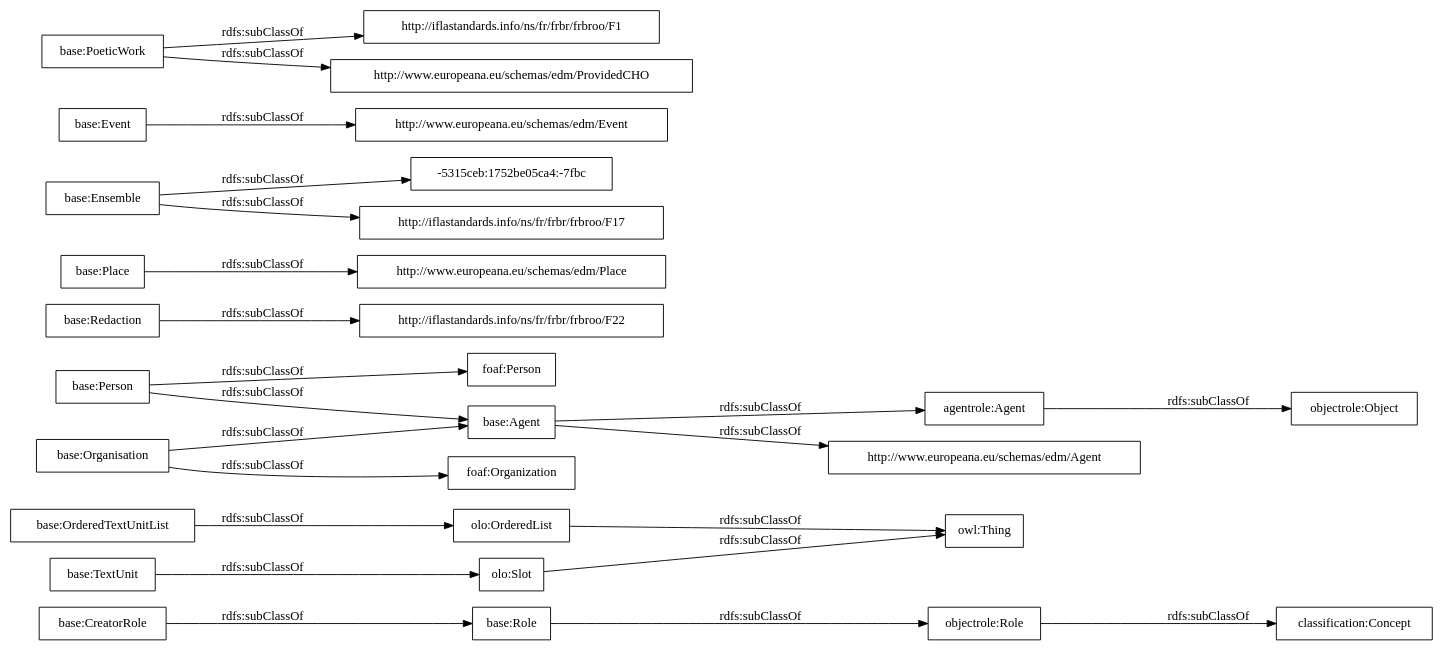
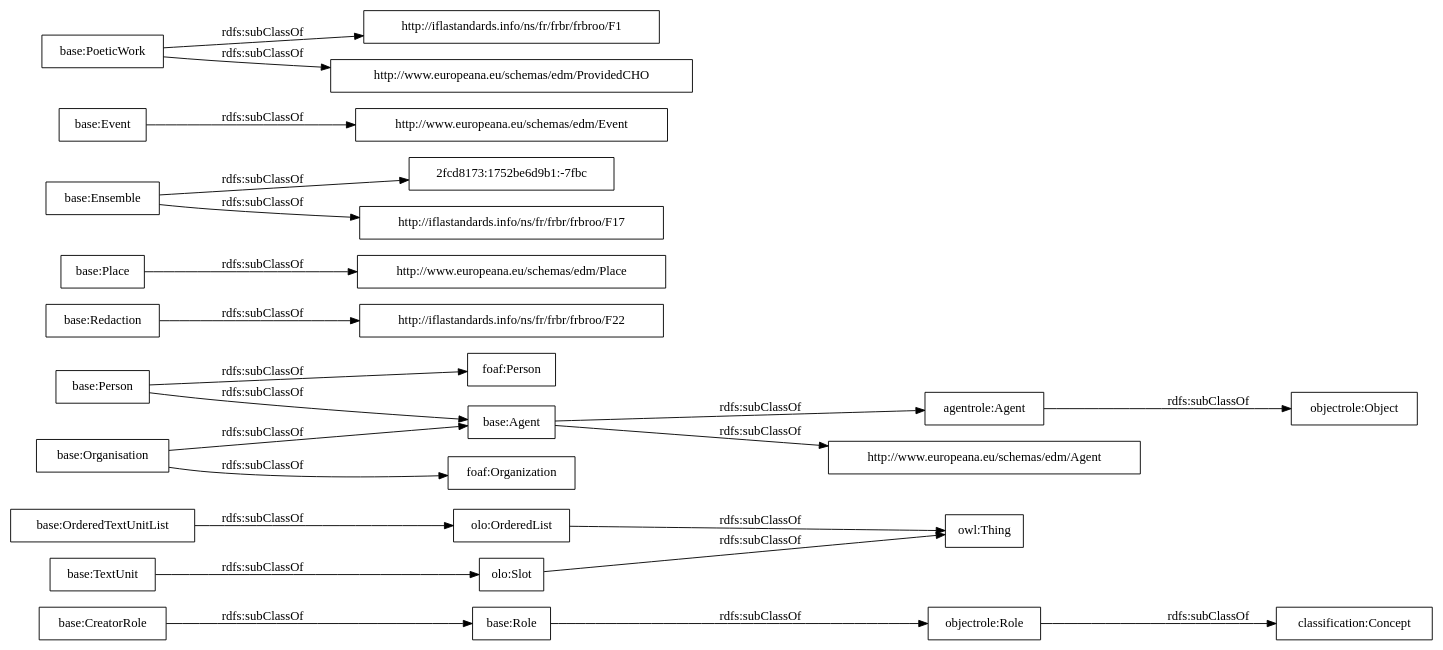
One commit to OnToologyUser/core-ontology-1 changed the diagram in OnToology/postdata-core.owl/diagrams/ar2dtool-taxonomy/postdata-core.owl.png.dot. Above: the diagram before and after it, drawn with Graphviz. The commit also changed 14 other files, not shown here.

```diff
--- a/OnToology/postdata-core.owl/diagrams/ar2dtool-taxonomy/postdata-core.owl.png.dot
+++ b/OnToology/postdata-core.owl/diagrams/ar2dtool-taxonomy/postdata-core.owl.png.dot
@@ -1,27 +1,27 @@
 digraph ar2dtool_diagram { 
 rankdir=LR;
 size="1000"
-node [shape = rectangle, color="black"]; "base:Role" "base:OrderedTextUnitList" "agentrole:Agent" "http://iflastandards.info/ns/fr/frbr/frbroo/F22" "http://www.europeana.eu/schemas/edm/Agent" "base:Agent" "base:CreatorRole" "base:Person" "base:Organisation" "http://www.europeana.eu/schemas/edm/Place" "base:Redaction" "base:Ensemble" "foaf:Person" "http://www.europeana.eu/schemas/edm/Event" "base:TextUnit" "http://iflastandards.info/ns/fr/frbr/frbroo/F1" "foaf:Organization" "http://www.europeana.eu/schemas/edm/ProvidedCHO" "base:Place" "base:Event" "-5315ceb:1752be05ca4:-7fbc" "base:PoeticWork" "http://iflastandards.info/ns/fr/frbr/frbroo/F17" "owl:Thing" "objectrole:Role" "objectrole:Object" "olo:Slot" "olo:OrderedList" "classification:Concept" ; /*classes style*/
+node [shape = rectangle, color="black"]; "base:Role" "base:OrderedTextUnitList" "agentrole:Agent" "http://iflastandards.info/ns/fr/frbr/frbroo/F22" "http://www.europeana.eu/schemas/edm/Agent" "base:Agent" "base:CreatorRole" "base:Person" "base:Organisation" "http://www.europeana.eu/schemas/edm/Place" "base:Redaction" "base:Ensemble" "foaf:Person" "http://www.europeana.eu/schemas/edm/Event" "base:TextUnit" "http://iflastandards.info/ns/fr/frbr/frbroo/F1" "foaf:Organization" "http://www.europeana.eu/schemas/edm/ProvidedCHO" "base:Place" "2fcd8173:1752be6d9b1:-7fbc" "base:Event" "base:PoeticWork" "http://iflastandards.info/ns/fr/frbr/frbroo/F17" "owl:Thing" "objectrole:Role" "objectrole:Object" "olo:Slot" "olo:OrderedList" "classification:Concept" ; /*classes style*/
 	"base:Redaction" -> "http://iflastandards.info/ns/fr/frbr/frbroo/F22" [ label = "rdfs:subClassOf" ];
 	"base:Role" -> "objectrole:Role" [ label = "rdfs:subClassOf" ];
 	"base:Event" -> "http://www.europeana.eu/schemas/edm/Event" [ label = "rdfs:subClassOf" ];
 	"base:Person" -> "foaf:Person" [ label = "rdfs:subClassOf" ];
 	"base:Person" -> "base:Agent" [ label = "rdfs:subClassOf" ];
 	"olo:OrderedList" -> "owl:Thing" [ label = "rdfs:subClassOf" ];
 	"olo:Slot" -> "owl:Thing" [ label = "rdfs:subClassOf" ];
 	"base:PoeticWork" -> "http://www.europeana.eu/schemas/edm/ProvidedCHO" [ label = "rdfs:subClassOf" ];
 	"base:PoeticWork" -> "http://iflastandards.info/ns/fr/frbr/frbroo/F1" [ label = "rdfs:subClassOf" ];
 	"base:TextUnit" -> "olo:Slot" [ label = "rdfs:subClassOf" ];
 	"agentrole:Agent" -> "objectrole:Object" [ label = "rdfs:subClassOf" ];
-	"base:Ensemble" -> "-5315ceb:1752be05ca4:-7fbc" [ label = "rdfs:subClassOf" ];
+	"base:Ensemble" -> "2fcd8173:1752be6d9b1:-7fbc" [ label = "rdfs:subClassOf" ];
 	"base:Ensemble" -> "http://iflastandards.info/ns/fr/frbr/frbroo/F17" [ label = "rdfs:subClassOf" ];
 	"base:OrderedTextUnitList" -> "olo:OrderedList" [ label = "rdfs:subClassOf" ];
 	"base:Agent" -> "agentrole:Agent" [ label = "rdfs:subClassOf" ];
 	"base:Agent" -> "http://www.europeana.eu/schemas/edm/Agent" [ label = "rdfs:subClassOf" ];
 	"objectrole:Role" -> "classification:Concept" [ label = "rdfs:subClassOf" ];
 	"base:Place" -> "http://www.europeana.eu/schemas/edm/Place" [ label = "rdfs:subClassOf" ];
 	"base:Organisation" -> "foaf:Organization" [ label = "rdfs:subClassOf" ];
 	"base:Organisation" -> "base:Agent" [ label = "rdfs:subClassOf" ];
 	"base:CreatorRole" -> "base:Role" [ label = "rdfs:subClassOf" ];
 
 }
```
